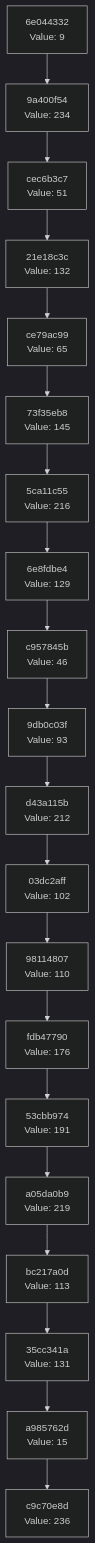
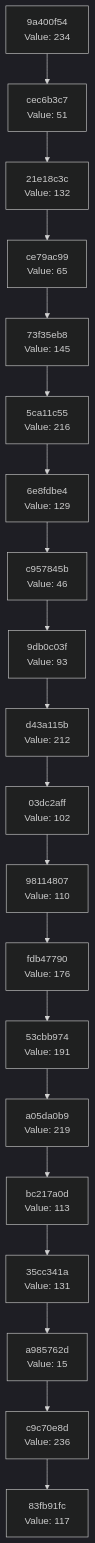
The diagram in docs/CHAIN_VISUALIZATION.md (Abhisheksinha1506/hash-chain-evolver), drawn with Mermaid (dark theme) before and after one commit. The commit also changed 2 other files, not shown here.

Commit message:
Evolution Step

````diff
--- a/docs/CHAIN_VISUALIZATION.md
+++ b/docs/CHAIN_VISUALIZATION.md
@@ -3,42 +3,42 @@
 ```mermaid
 graph TD
-    C0["c9c70e8d<br/>Value: 236"]
-    C1["a985762d<br/>Value: 15"]
+    C0["83fb91fc<br/>Value: 117"]
+    C1["c9c70e8d<br/>Value: 236"]
     C1 --> C0
-    C2["35cc341a<br/>Value: 131"]
+    C2["a985762d<br/>Value: 15"]
     C2 --> C1
-    C3["bc217a0d<br/>Value: 113"]
+    C3["35cc341a<br/>Value: 131"]
     C3 --> C2
-    C4["a05da0b9<br/>Value: 219"]
+    C4["bc217a0d<br/>Value: 113"]
     C4 --> C3
-    C5["53cbb974<br/>Value: 191"]
+    C5["a05da0b9<br/>Value: 219"]
     C5 --> C4
-    C6["fdb47790<br/>Value: 176"]
+    C6["53cbb974<br/>Value: 191"]
     C6 --> C5
-    C7["98114807<br/>Value: 110"]
+    C7["fdb47790<br/>Value: 176"]
     C7 --> C6
-    C8["03dc2aff<br/>Value: 102"]
+    C8["98114807<br/>Value: 110"]
     C8 --> C7
-    C9["d43a115b<br/>Value: 212"]
+    C9["03dc2aff<br/>Value: 102"]
     C9 --> C8
-    C10["9db0c03f<br/>Value: 93"]
+    C10["d43a115b<br/>Value: 212"]
     C10 --> C9
-    C11["c957845b<br/>Value: 46"]
+    C11["9db0c03f<br/>Value: 93"]
     C11 --> C10
-    C12["6e8fdbe4<br/>Value: 129"]
+    C12["c957845b<br/>Value: 46"]
     C12 --> C11
-    C13["5ca11c55<br/>Value: 216"]
+    C13["6e8fdbe4<br/>Value: 129"]
     C13 --> C12
-    C14["73f35eb8<br/>Value: 145"]
+    C14["5ca11c55<br/>Value: 216"]
     C14 --> C13
-    C15["ce79ac99<br/>Value: 65"]
+    C15["73f35eb8<br/>Value: 145"]
     C15 --> C14
-    C16["21e18c3c<br/>Value: 132"]
+    C16["ce79ac99<br/>Value: 65"]
     C16 --> C15
-    C17["cec6b3c7<br/>Value: 51"]
+    C17["21e18c3c<br/>Value: 132"]
     C17 --> C16
-    C18["9a400f54<br/>Value: 234"]
+    C18["cec6b3c7<br/>Value: 51"]
     C18 --> C17
-    C19["6e044332<br/>Value: 9"]
+    C19["9a400f54<br/>Value: 234"]
     C19 --> C18
 ```
````
